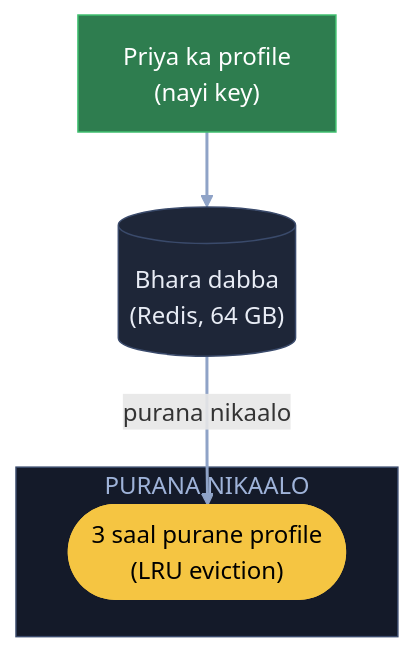
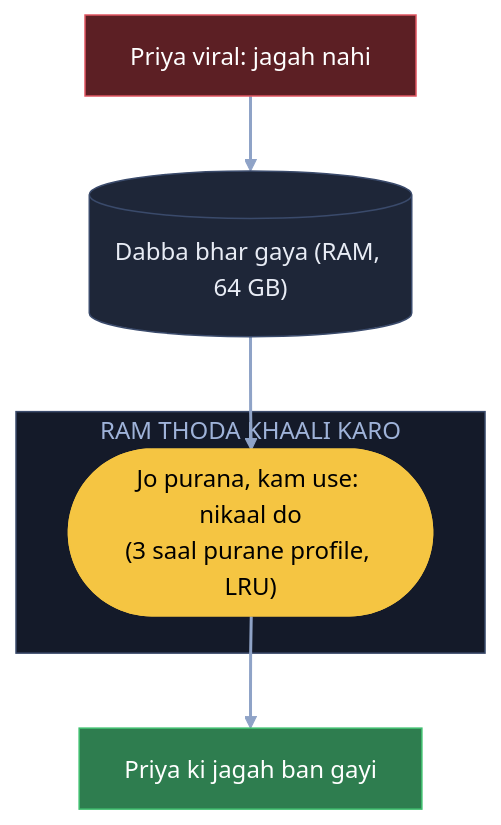
Before and after one commit to ArpanMaheshwari144/Prep: the second of 6 diagrams in 04_HLD/SYSTEM_DESIGNS/10_distributed_cache/10_distributed_cache.md, drawn with Mermaid. The commit also changed other lines of this file, not shown here.

Commit message:
Cache: 6 diagram hand notes ke shabdon se (K4 ring pehle se)

````diff
--- a/04_HLD/SYSTEM_DESIGNS/10_distributed_cache/10_distributed_cache.md
+++ b/04_HLD/SYSTEM_DESIGNS/10_distributed_cache/10_distributed_cache.md
@@ -64,16 +64,18 @@
 ```mermaid
 flowchart TB
-    P["Priya ka profile<br/>(nayi key)"]:::good
-    C[("Bhara dabba<br/>(Redis, 64 GB)")]:::card
-    subgraph PN["PURANA NIKAALO"]
-        O(["3 saal purane profile<br/>(LRU eviction)"]):::pill
+    P["Priya viral: jagah nahi"]:::bad
+    C[("Dabba bhar gaya (RAM, 64 GB)")]:::card
+    subgraph KH["RAM THODA KHAALI KARO"]
+        O(["Jo purana, kam use: nikaal do<br/>(3 saal purane profile, LRU)"]):::pill
     end
+    OK["Priya ki jagah ban gayi"]:::good
     P --> C
-    C -- "purana nikaalo" --> O
+    C --> O
+    O --> OK
     linkStyle default stroke:#8fa3c7,stroke-width:2px
     classDef card fill:#1e2638,stroke:#3a4a6b,color:#e8ecf5
     classDef pill fill:#f5c542,stroke:#f5c542,color:#000
     classDef good fill:#2e7d4f,stroke:#3fbf6f,color:#fff
     classDef bad fill:#5c1f24,stroke:#e05561,color:#fff
-    style PN fill:#141a29,stroke:#3a4a6b,color:#9fb3d9
+    style KH fill:#141a29,stroke:#3a4a6b,color:#9fb3d9
 ```
````
